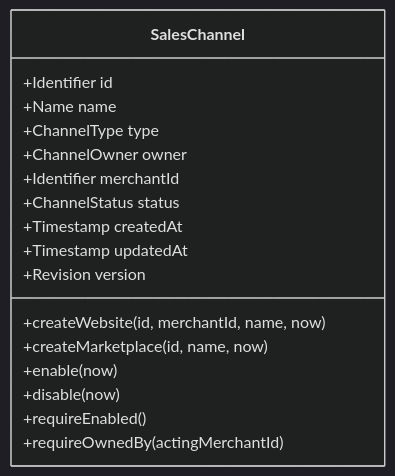
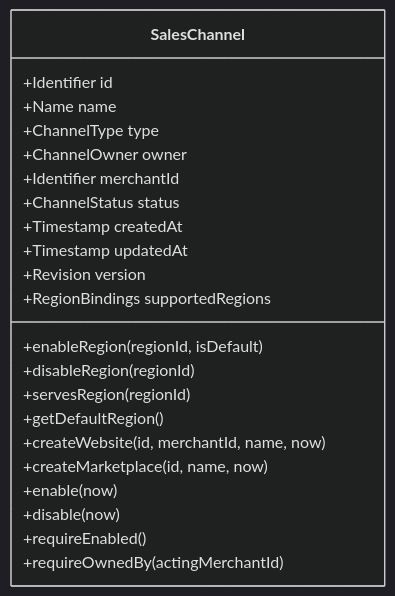
Before and after one commit to khinemyaezin/grab: the second of 3 diagrams in docs/spec/domain/sales-channel/architecture/sales-channel-domain-spec.md, drawn with Mermaid (dark theme). The commit also changed other lines of this file and 26 other files, not shown here.

````diff
--- a/docs/spec/domain/sales-channel/architecture/sales-channel-domain-spec.md
+++ b/docs/spec/domain/sales-channel/architecture/sales-channel-domain-spec.md
@@ -64,20 +70,25 @@
 ```mermaid
 classDiagram
     class SalesChannel {
         +Identifier id
         +Name name
         +ChannelType type
         +ChannelOwner owner
         +Identifier merchantId
         +ChannelStatus status
         +Timestamp createdAt
         +Timestamp updatedAt
         +Revision version
+        +RegionBindings supportedRegions
+        +enableRegion(regionId, isDefault)
+        +disableRegion(regionId)
+        +servesRegion(regionId)
+        +getDefaultRegion()
         +createWebsite(id, merchantId, name, now)
         +createMarketplace(id, name, now)
         +enable(now)
         +disable(now)
         +requireEnabled()
         +requireOwnedBy(actingMerchantId)
     }
 ```
````
